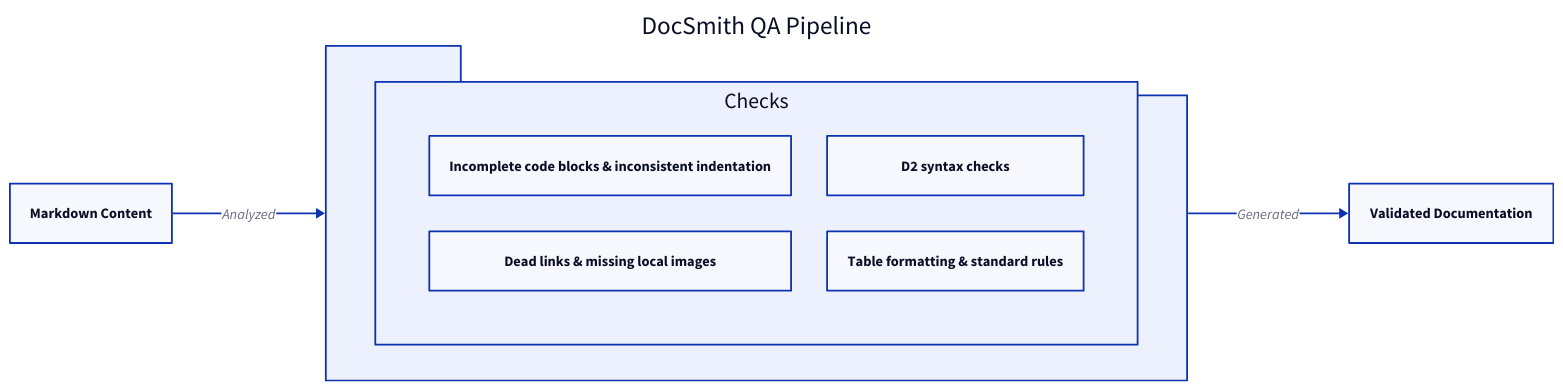
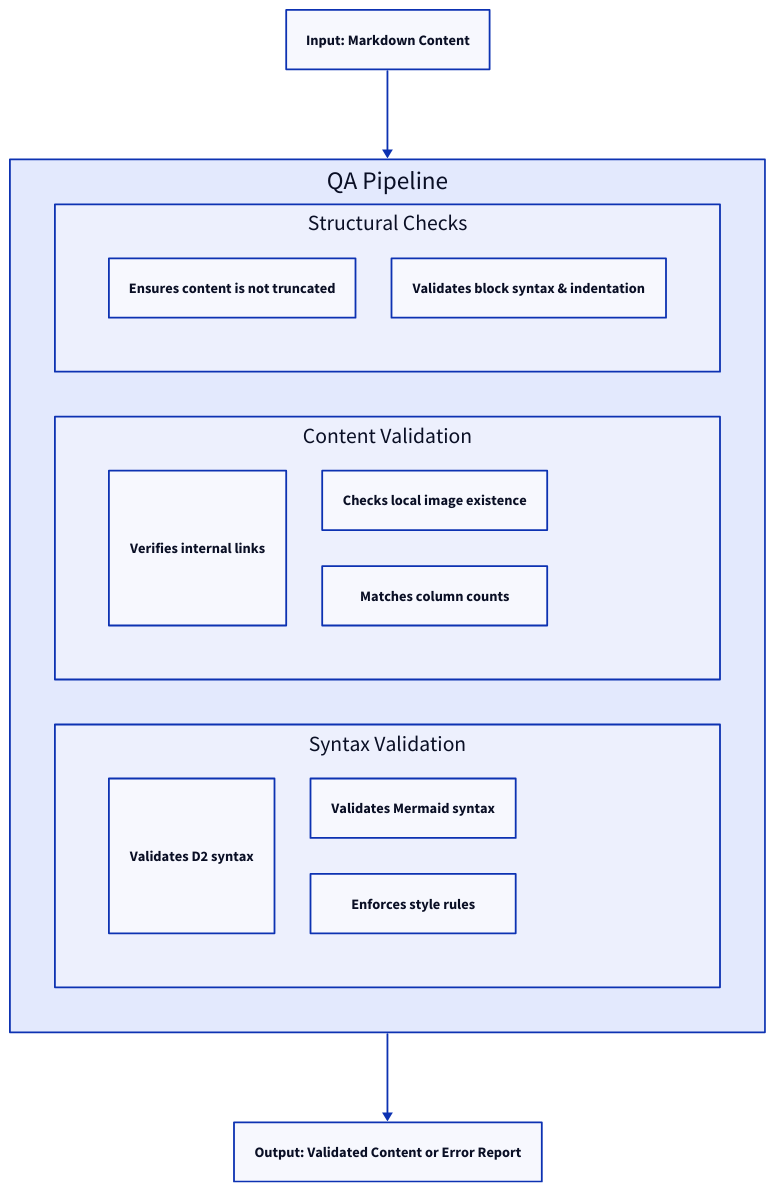
One commit to li-yechao/aigne-doc-smith changed the diagram in docs/advanced-quality-assurance.md. Above: the diagram before and after it, drawn with D2. The commit also changed other lines of this file and 37 other files, not shown here.

````diff
--- a/docs/advanced-quality-assurance.md
+++ b/docs/advanced-quality-assurance.md
@@ -11,22 +7,49 @@
 ```d2
-direction: right
+direction: down
 
-Input: "Markdown Content"
+Input-Markdown-Content: {
+  label: "Input: Markdown Content"
+  shape: rectangle
+}
 
-QA_Pipeline: "DocSmith QA Pipeline" {
-  shape: package
-  
-  Checks: {
+QA-Pipeline: {
+  label: "QA Pipeline"
+  shape: rectangle
+  grid-columns: 1
+  grid-gap: 50
+
+  Structural-Checks: {
+    label: "Structural Checks"
+    shape: rectangle
     grid-columns: 2
-    "Structural Integrity": "Incomplete code blocks & inconsistent indentation"
-    "Link & Asset Health": "Dead links & missing local images"
-    "Diagram Validation": "D2 syntax checks"
-    "Markdown Linting": "Table formatting & standard rules"
+    Completeness: "Ensures content is not truncated"
+    Code-Blocks: "Validates block syntax & indentation"
+  }
+
+  Content-Validation: {
+    label: "Content Validation"
+    shape: rectangle
+    grid-columns: 2
+    Link-Integrity: "Verifies internal links"
+    Image-Paths: "Checks local image existence"
+    Table-Formatting: "Matches column counts"
+  }
+
+  Syntax-Validation: {
+    label: "Syntax Validation"
+    shape: rectangle
+    grid-columns: 2
+    D2-Diagrams: "Validates D2 syntax"
+    Mermaid-Diagrams: "Validates Mermaid syntax"
+    Markdown-Linting: "Enforces style rules"
   }
 }
 
-Output: "Validated Documentation"
+Output-Validated-Content-or-Error-Report: {
+  label: "Output: Validated Content or Error Report"
+  shape: rectangle
+}
 
-Input -> QA_Pipeline: "Analyzed"
-QA_Pipeline -> Output: "Generated"
+Input-Markdown-Content -> QA-Pipeline
+QA-Pipeline -> Output-Validated-Content-or-Error-Report
 ```
````
